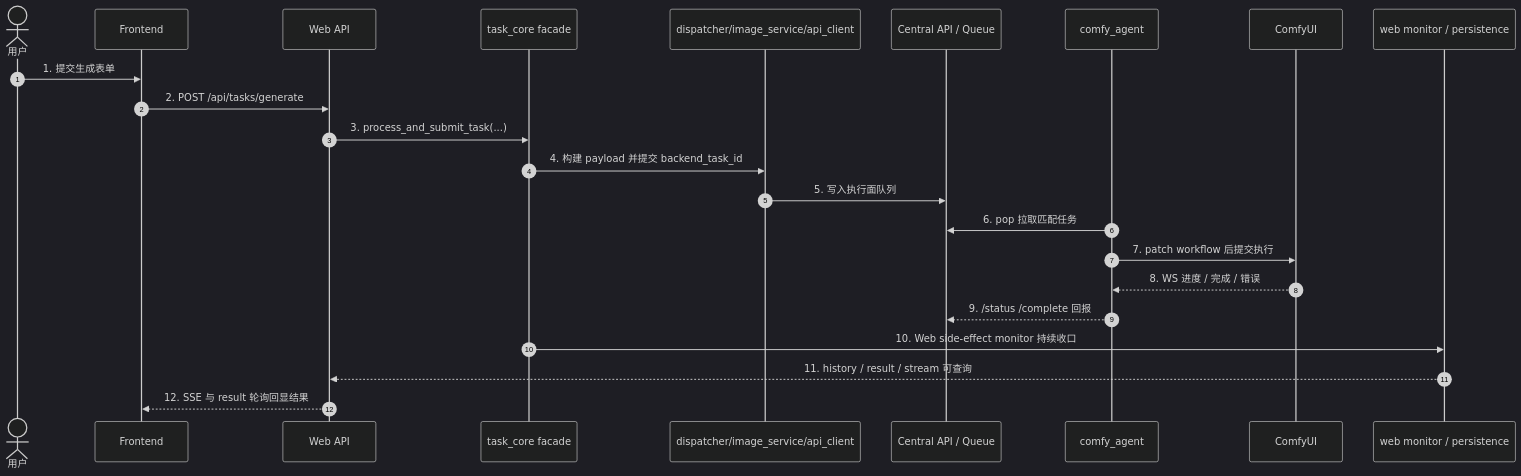
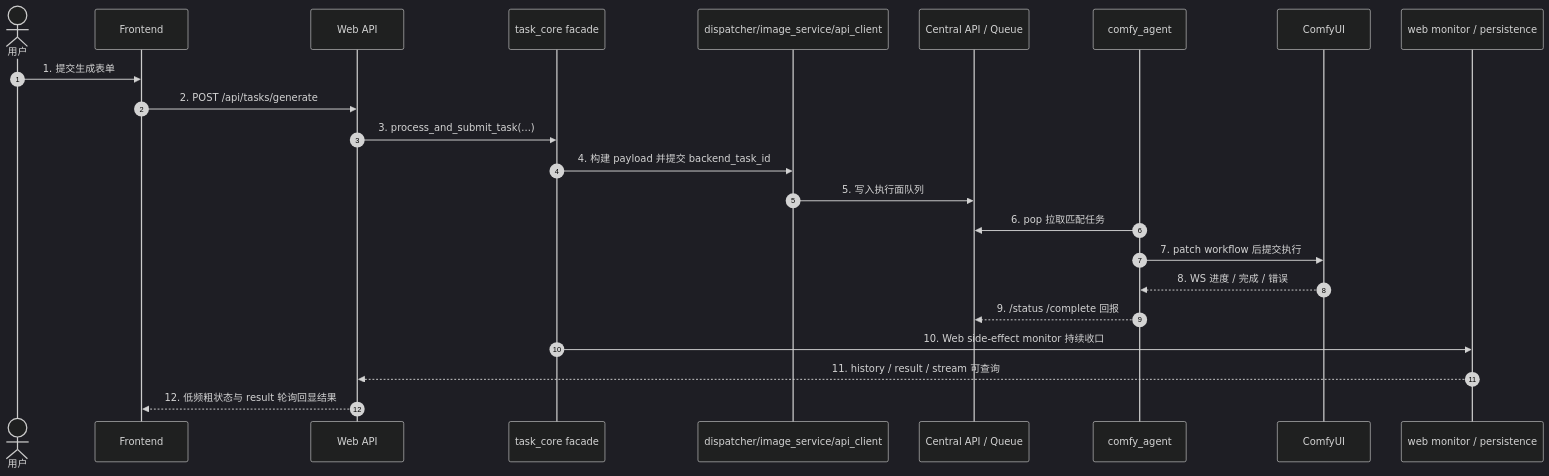
The diagram in docs/子模块_生成任务全链路_task_full_chain.md (giraffu/All_bot), drawn with Mermaid (dark theme) before and after one commit. The commit also changed other lines of this file and 28 other files, not shown here.

````diff
--- a/docs/子模块_生成任务全链路_task_full_chain.md
+++ b/docs/子模块_生成任务全链路_task_full_chain.md
@@ -35,26 +35,26 @@
 ```mermaid
 sequenceDiagram
     autonumber
     actor U as 用户
     participant FE as Frontend
     participant API as Web API
     participant Core as task_core facade
     participant Dispatch as dispatcher/image_service/api_client
     participant CAPI as Central API / Queue
     participant Agent as comfy_agent
     participant Comfy as ComfyUI
     participant Monitor as web monitor / persistence
 
     U->>FE: 1. 提交生成表单
     FE->>API: 2. POST /api/tasks/generate
     API->>Core: 3. process_and_submit_task(...)
     Core->>Dispatch: 4. 构建 payload 并提交 backend_task_id
     Dispatch->>CAPI: 5. 写入执行面队列
     Agent->>CAPI: 6. pop 拉取匹配任务
     Agent->>Comfy: 7. patch workflow 后提交执行
     Comfy-->>Agent: 8. WS 进度 / 完成 / 错误
     Agent-->>CAPI: 9. /status /complete 回报
     Core->>Monitor: 10. Web side-effect monitor 持续收口
     Monitor-->>API: 11. history / result / stream 可查询
-    API-->>FE: 12. SSE 与 result 轮询回显结果
+    API-->>FE: 12. 低频粗状态与 result 轮询回显结果
 ```
````
